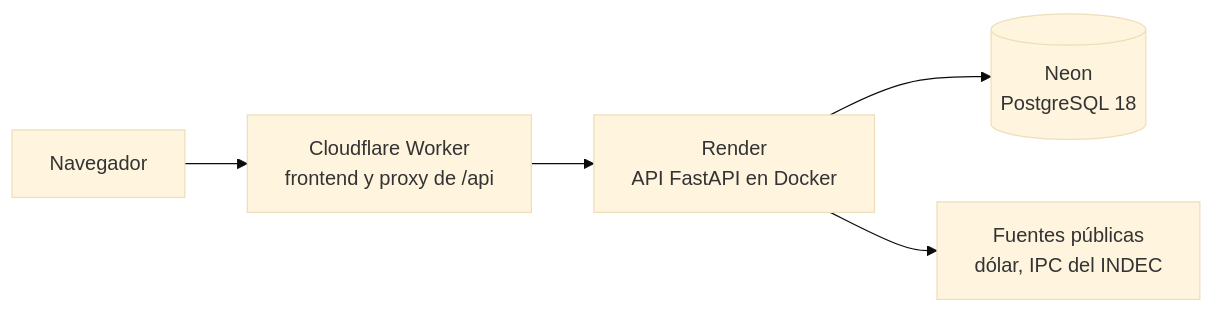
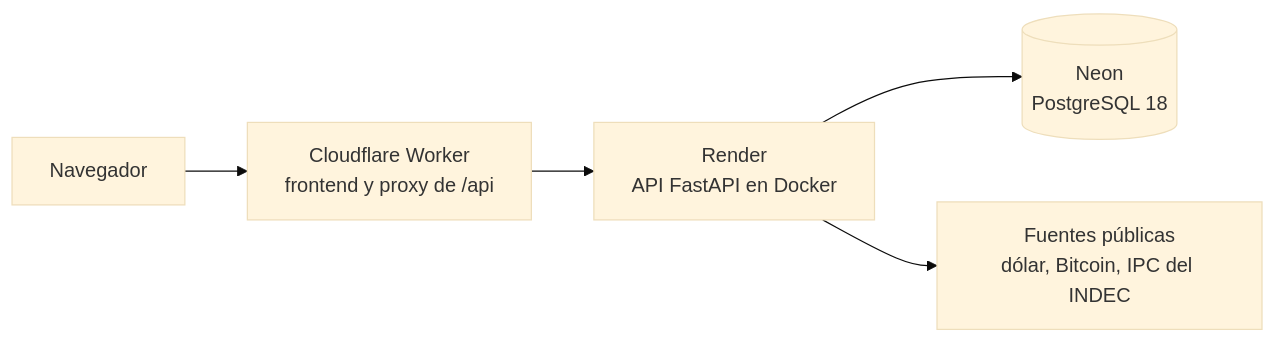
The second of 2 diagrams in README.md (MerAtim/Rinde), drawn with Mermaid (base theme) before and after one commit. The commit also changed other lines of this file and 3 other files, not shown here.

First line of the commit message:
docs: pone al día el README, el roadmap y el ADR-0002

````diff
--- a/README.md
+++ b/README.md
@@ -87,7 +87,7 @@
 ```mermaid
 flowchart LR
   navegador["Navegador"] --> worker["Cloudflare Worker<br/>frontend y proxy de /api"]
   worker --> api["Render<br/>API FastAPI en Docker"]
   api --> base[("Neon<br/>PostgreSQL 18")]
-  api --> fuentes["Fuentes públicas<br/>dólar, IPC del INDEC"]
+  api --> fuentes["Fuentes públicas<br/>dólar, Bitcoin, IPC del INDEC"]
 ```
````
